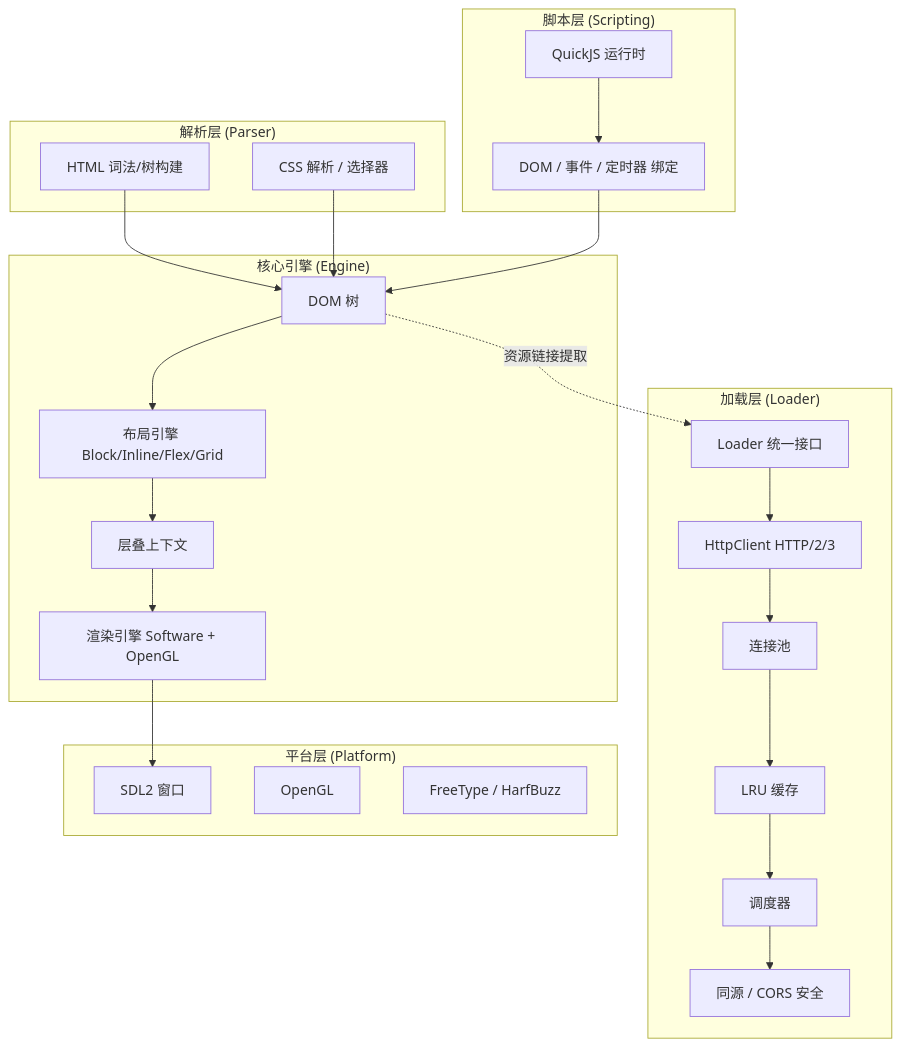
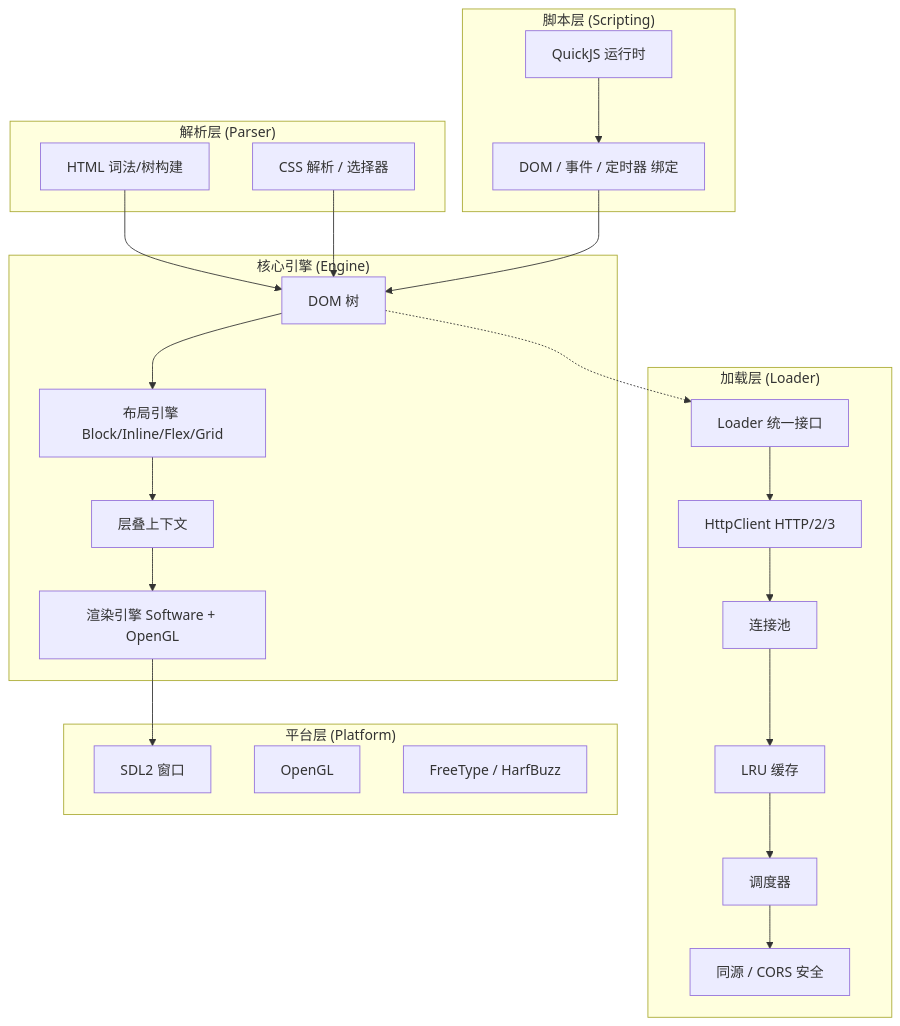
One commit to jencaoking/xiaopengkernel changed the diagram in README.md. Above: the diagram before and after it, drawn with Mermaid. The commit also changed 1 other file, not shown here.

Commit message:
docs(readme): 优化流程图布局与箭头样式
将单行长链拆分为多行，提高可读性；将资源链接提取的虚线箭头从“.. 文本 ..”改为标准虚线语法。

````diff
--- a/README.md
+++ b/README.md
@@ -55,39 +55,45 @@
 ```mermaid
 flowchart TB
     subgraph Parse["解析层 (Parser)"]
         HTML[HTML 词法/树构建]
         CSS[CSS 解析 / 选择器]
     end
     subgraph Core["核心引擎 (Engine)"]
         DOM[DOM 树]
         LAYOUT["布局引擎 Block/Inline/Flex/Grid"]
         STACK[层叠上下文]
         RENDER["渲染引擎 Software + OpenGL"]
     end
     subgraph Script["脚本层 (Scripting)"]
         JS[QuickJS 运行时]
         BIND["DOM / 事件 / 定时器 绑定"]
     end
     subgraph Loader["加载层 (Loader)"]
         LOADER[Loader 统一接口]
         HTTP["HttpClient HTTP/2/3"]
         POOL[连接池]
         CACHE[LRU 缓存]
         SCHED[调度器]
         SEC["同源 / CORS 安全"]
     end
     subgraph Platform["平台层 (Platform)"]
         SDL[SDL2 窗口]
         GL[OpenGL]
         FT[FreeType / HarfBuzz]
     end
 
     HTML --> DOM
     CSS --> DOM
-    DOM --> LAYOUT --> STACK --> RENDER
+    DOM --> LAYOUT
+    LAYOUT --> STACK
+    STACK --> RENDER
     RENDER --> SDL
     BIND --> DOM
     JS --> BIND
-    LOADER --> HTTP --> POOL --> CACHE --> SCHED --> SEC
-    DOM -. 资源链接提取 .-> LOADER
+    LOADER --> HTTP
+    HTTP --> POOL
+    POOL --> CACHE
+    CACHE --> SCHED
+    SCHED --> SEC
+    DOM -.-> LOADER
 ```
````
